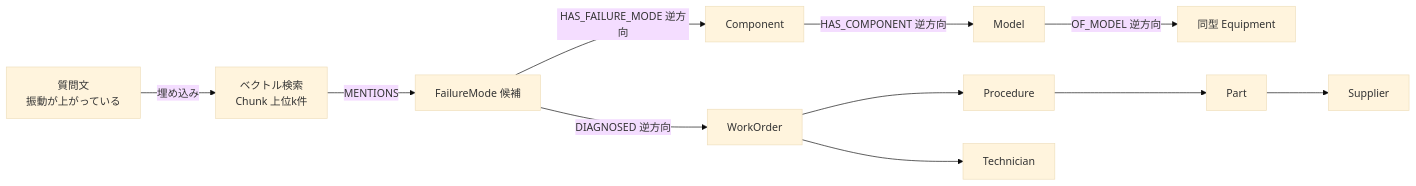
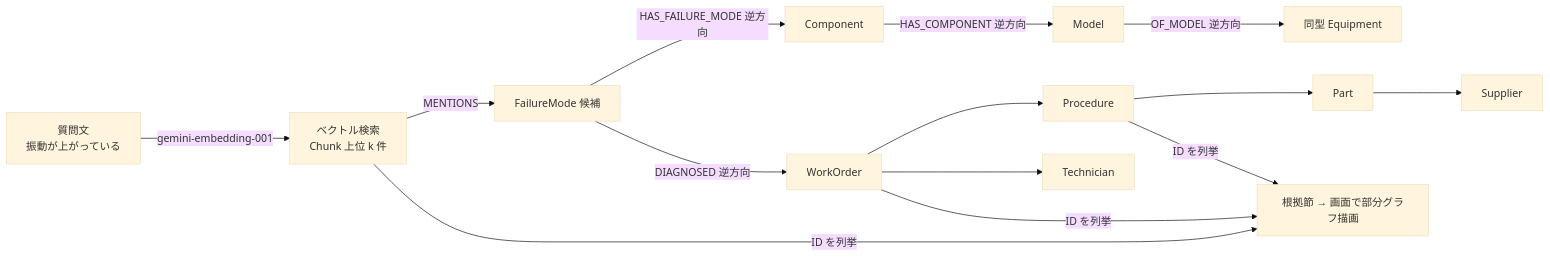
Before and after one commit to kurorooooo/kg-maintenance-agent: the second of 2 diagrams in docs/architecture.md, drawn with Mermaid (base theme). The commit also changed other lines of this file and 25 other files, not shown here.

````diff
--- a/docs/architecture.md
+++ b/docs/architecture.md
@@ -60,9 +45,9 @@
 ```mermaid
 flowchart LR
-  Q[質問文<br/>振動が上がっている] -->|埋め込み| V[ベクトル検索<br/>Chunk 上位k件]
+  Q[質問文<br/>振動が上がっている] -->|gemini-embedding-001| V[ベクトル検索<br/>Chunk 上位 k 件]
   V -->|MENTIONS| FM[FailureMode 候補]
-  FM -->|HAS_FAILURE_MODE 逆方向| C[Component]
-  C -->|HAS_COMPONENT 逆方向| M[Model] -->|OF_MODEL 逆方向| E[同型 Equipment]
+  FM -->|HAS_FAILURE_MODE 逆方向| C[Component] -->|HAS_COMPONENT 逆方向| M[Model] -->|OF_MODEL 逆方向| E[同型 Equipment]
   FM -->|DIAGNOSED 逆方向| WO[WorkOrder] --> PR[Procedure] --> PT[Part] --> S[Supplier]
   WO --> T[Technician]
+  WO & PR & V -->|ID を列挙| EV[根拠節 → 画面で部分グラフ描画]
 ```
````
